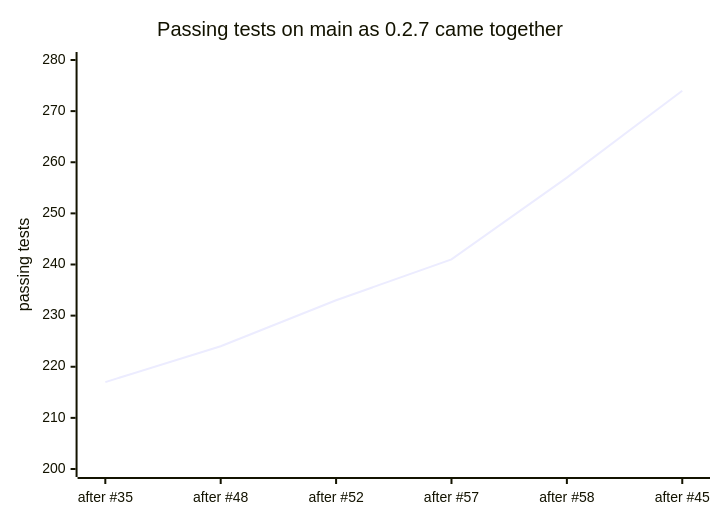
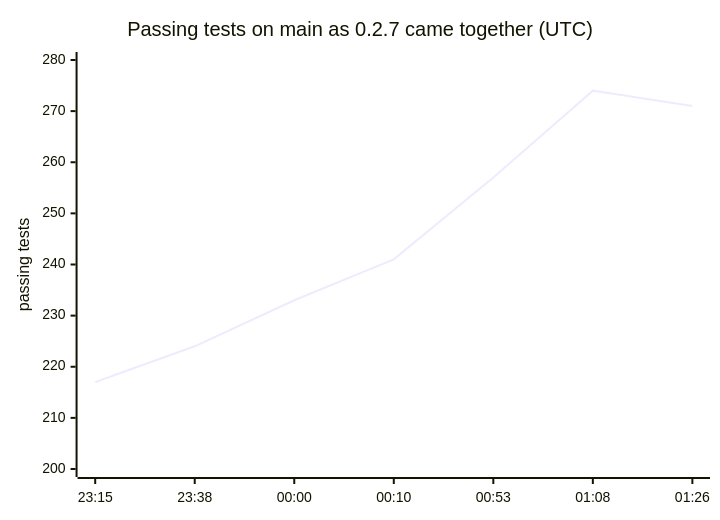
Before and after one commit to mims1234/QuorX: the second of 2 diagrams in docs/research/parallel-release.md, drawn with Mermaid. The commit also changed other lines of this file and 4 other files, not shown here.

````diff
--- a/docs/research/parallel-release.md
+++ b/docs/research/parallel-release.md
@@ -76,7 +76,7 @@
 ```mermaid
 xychart-beta
-    title "Passing tests on main as 0.2.7 came together"
-    x-axis ["after #35", "after #48", "after #52", "after #57", "after #58", "after #45"]
+    title "Passing tests on main as 0.2.7 came together (UTC)"
+    x-axis ["23:15", "23:38", "00:00", "00:10", "00:53", "01:08", "01:26"]
     y-axis "passing tests" 200 --> 280
-    line [217, 224, 233, 241, 257, 274]
+    line [217, 224, 233, 241, 257, 274, 271]
 ```
````
